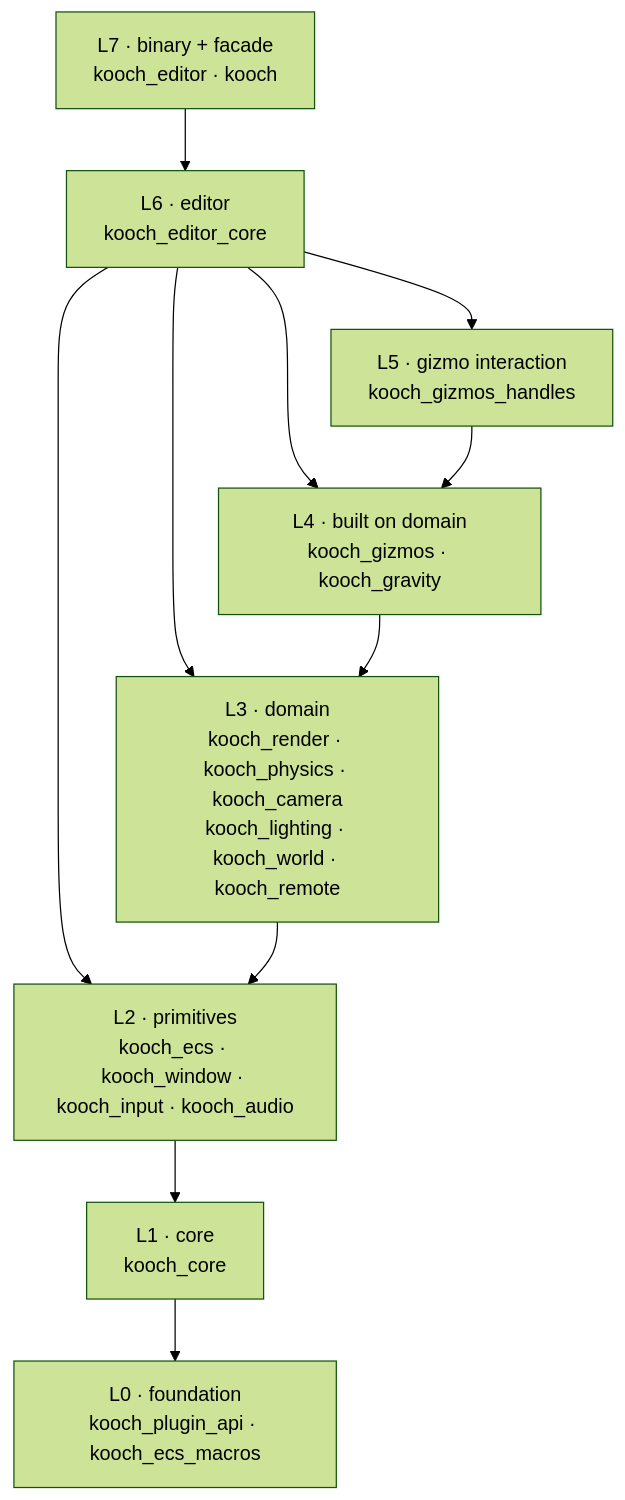
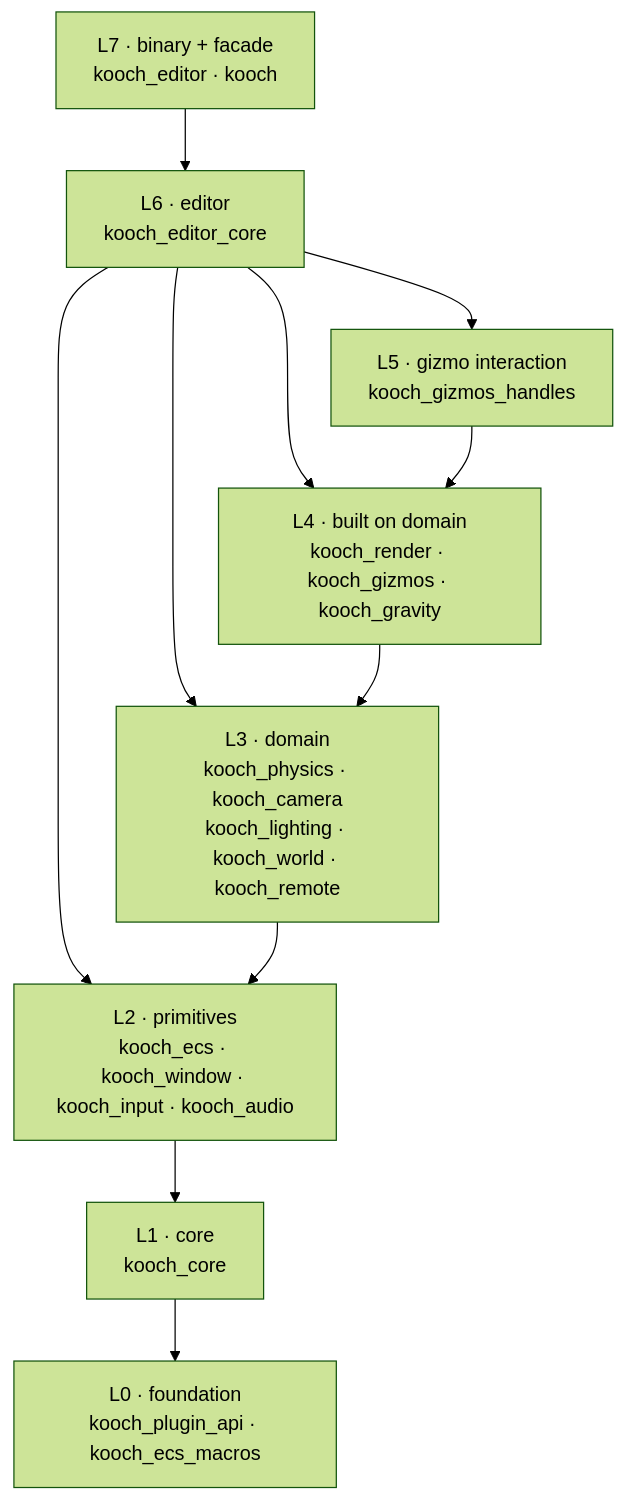
One commit to lobinuxsoft/kooch changed the diagram in docs/book/src/architecture/crate-graph.md. Above: the diagram before and after it, drawn with Mermaid (forest theme). The commit also changed other lines of this file and 7 other files, not shown here.

````diff
--- a/docs/book/src/architecture/crate-graph.md
+++ b/docs/book/src/architecture/crate-graph.md
@@ -35,22 +35,22 @@
 ```mermaid
 flowchart TD
     L7["L7 · binary + facade<br/>kooch_editor · kooch"]
     L6["L6 · editor<br/>kooch_editor_core"]
     L5["L5 · gizmo interaction<br/>kooch_gizmos_handles"]
-    L4["L4 · built on domain<br/>kooch_gizmos · kooch_gravity"]
-    L3["L3 · domain<br/>kooch_render · kooch_physics · kooch_camera<br/>kooch_lighting · kooch_world · kooch_remote"]
+    L4["L4 · built on domain<br/>kooch_render · kooch_gizmos · kooch_gravity"]
+    L3["L3 · domain<br/>kooch_physics · kooch_camera<br/>kooch_lighting · kooch_world · kooch_remote"]
     L2["L2 · primitives<br/>kooch_ecs · kooch_window · kooch_input · kooch_audio"]
     L1["L1 · core<br/>kooch_core"]
     L0["L0 · foundation<br/>kooch_plugin_api · kooch_ecs_macros"]
 
     L7 --> L6
     L6 --> L5
     L6 --> L4
     L6 --> L3
     L6 --> L2
     L5 --> L4
     L4 --> L3
     L3 --> L2
     L2 --> L1
     L1 --> L0
 ```
````
